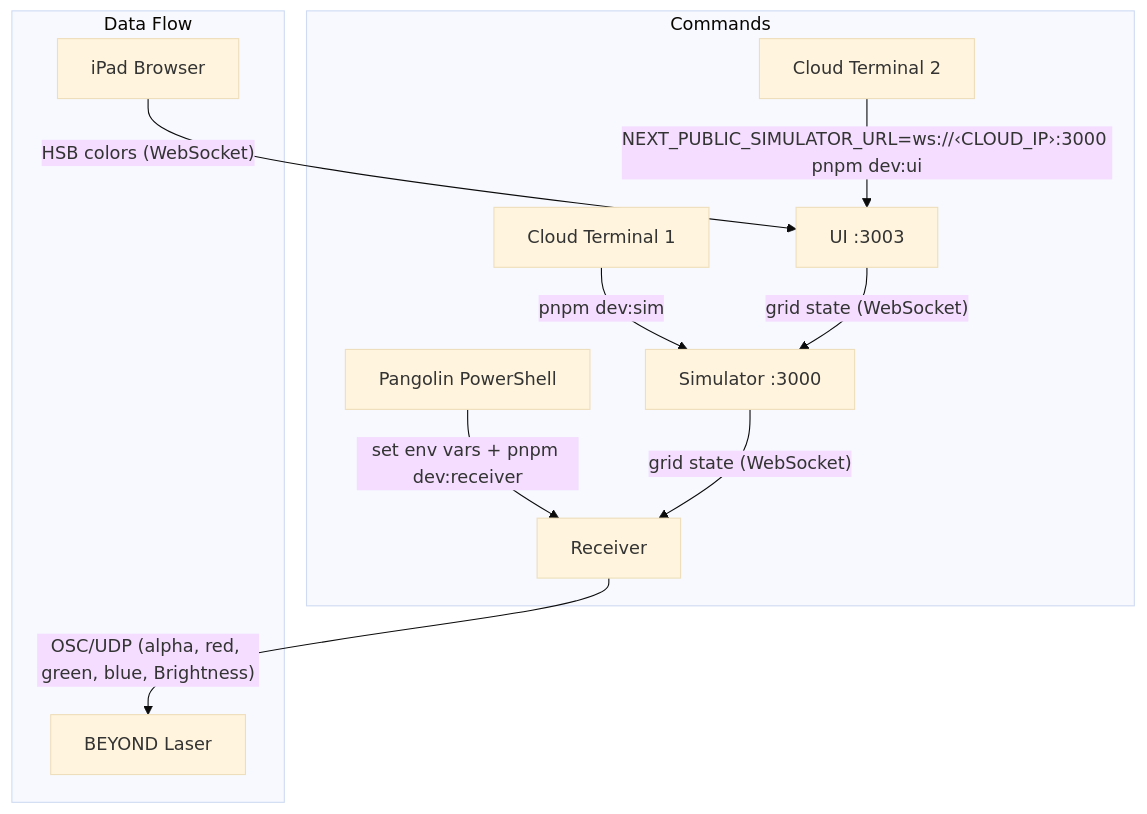
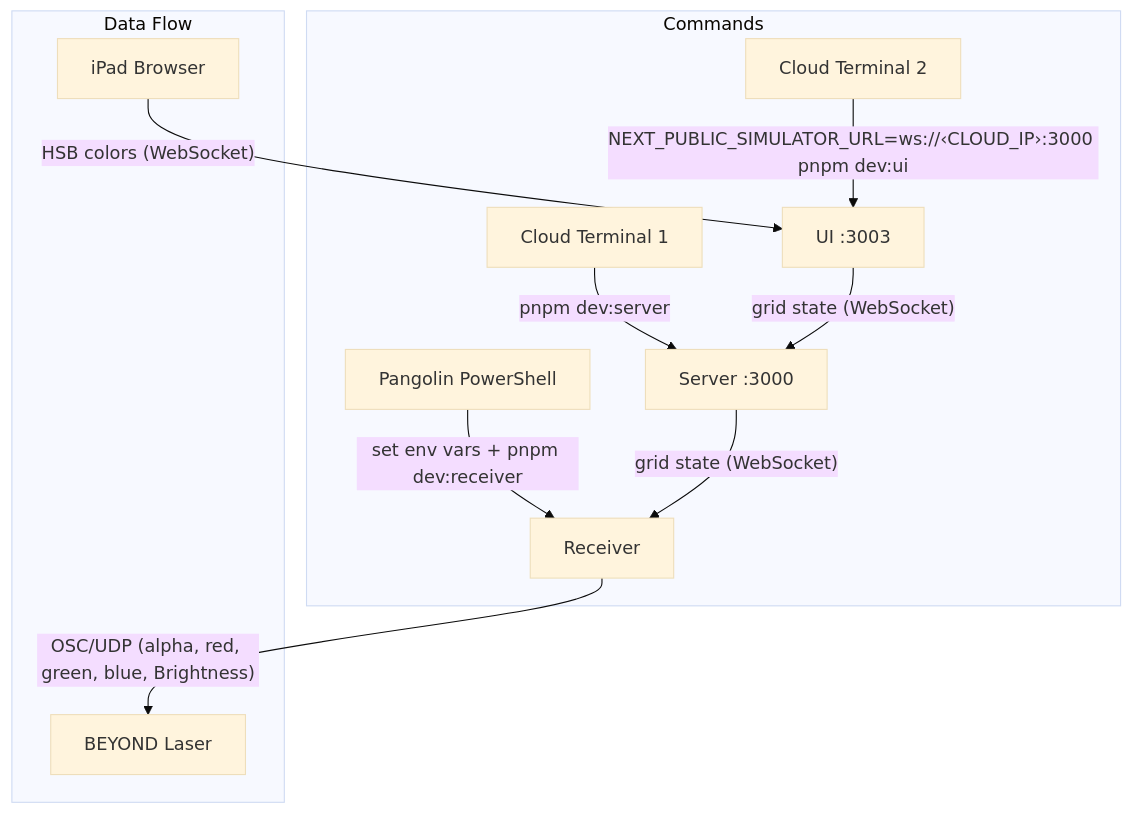
One commit to illuminate-sf/wavegrid changed the second of 2 diagrams in docs/event-deployment.md. Above: the diagram before and after it, drawn with Mermaid (base theme). The commit also changed other lines of this file and 35 other files, not shown here.

First line of the commit message:
feat: rename simulator to server, fix broadcast, add mic input

````diff
--- a/docs/event-deployment.md
+++ b/docs/event-deployment.md
@@ -129,15 +128,15 @@
 ```mermaid
 graph TD
     subgraph Commands
-        A["Cloud Terminal 1"] -->|"pnpm dev:sim"| SIM["Simulator :3000"]
+        A["Cloud Terminal 1"] -->|"pnpm dev:server"| SIM["Server :3000"]
         B["Cloud Terminal 2"] -->|"NEXT_PUBLIC_SIMULATOR_URL=ws://‹CLOUD_IP›:3000 pnpm dev:ui"| UI["UI :3003"]
         C["Pangolin PowerShell"] -->|"set env vars + pnpm dev:receiver"| RX["Receiver"]
     end
 
     subgraph Data Flow
         iPad["iPad Browser"] -->|"HSB colors (WebSocket)"| UI
         UI -->|"grid state (WebSocket)"| SIM
         SIM -->|"grid state (WebSocket)"| RX
         RX -->|"OSC/UDP (alpha, red, green, blue, Brightness)"| BEYOND["BEYOND Laser"]
     end
 ```
````
